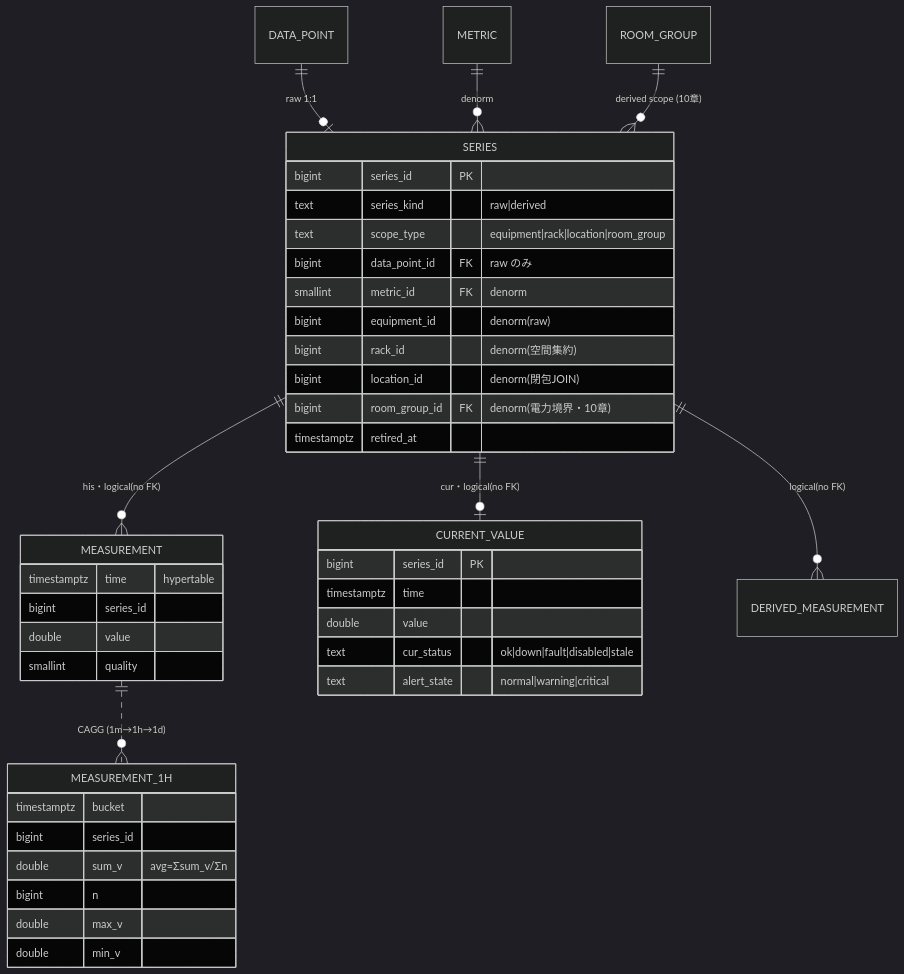
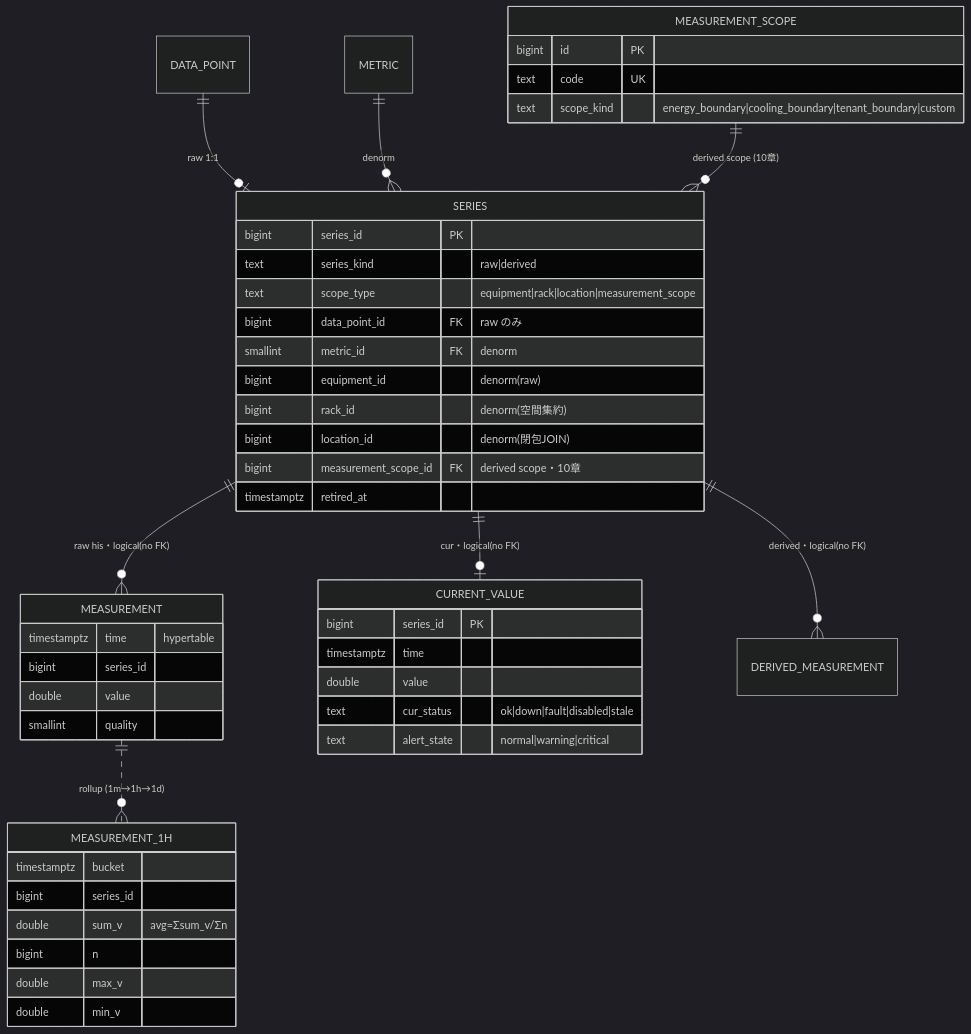
One commit to hn-11/dcim-schema-design changed the sixth of 9 diagrams in 03-finalists.md. Above: the diagram before and after it, drawn with Mermaid (dark theme). The commit also changed other lines of this file and 13 other files, not shown here.

First line of the commit message:
docs(dcim): スキーマ改訂 — equipment命名 / metricフラット化 / connectionモデル / measurement_scope

````diff
--- a/03-finalists.md
+++ b/03-finalists.md
@@ -262,44 +324,49 @@
 ```mermaid
 erDiagram
     DATA_POINT ||--o| SERIES : "raw 1:1"
     METRIC ||--o{ SERIES : "denorm"
-    ROOM_GROUP ||--o{ SERIES : "derived scope (10章)"
-    SERIES ||--o{ MEASUREMENT : "his・logical(no FK)"
+    MEASUREMENT_SCOPE ||--o{ SERIES : "derived scope (10章)"
+    SERIES ||--o{ MEASUREMENT : "raw his・logical(no FK)"
     SERIES ||--o| CURRENT_VALUE : "cur・logical(no FK)"
-    SERIES ||--o{ DERIVED_MEASUREMENT : "logical(no FK)"
-    MEASUREMENT ||..o{ MEASUREMENT_1H : "CAGG (1m→1h→1d)"
+    SERIES ||--o{ DERIVED_MEASUREMENT : "derived・logical(no FK)"
+    MEASUREMENT ||..o{ MEASUREMENT_1H : "rollup (1m→1h→1d)"
 
+    MEASUREMENT_SCOPE {
+        bigint id PK
+        text code UK
+        text scope_kind "energy_boundary|cooling_boundary|tenant_boundary|custom"
+    }
     SERIES {
         bigint series_id PK
         text series_kind "raw|derived"
-        text scope_type "equipment|rack|location|room_group"
+        text scope_type "equipment|rack|location|measurement_scope"
         bigint data_point_id FK "raw のみ"
         smallint metric_id FK "denorm"
         bigint equipment_id "denorm(raw)"
         bigint rack_id "denorm(空間集約)"
         bigint location_id "denorm(閉包JOIN)"
-        bigint room_group_id FK "denorm(電力境界・10章)"
+        bigint measurement_scope_id FK "derived scope・10章"
         timestamptz retired_at
     }
     MEASUREMENT {
         timestamptz time "hypertable"
         bigint series_id
         double value
         smallint quality
     }
     CURRENT_VALUE {
         bigint series_id PK
         timestamptz time
         double value
         text cur_status "ok|down|fault|disabled|stale"
         text alert_state "normal|warning|critical"
     }
     MEASUREMENT_1H {
         timestamptz bucket
         bigint series_id
         double sum_v "avg=Σsum_v/Σn"
         bigint n
         double max_v
         double min_v
     }
 ```
````
